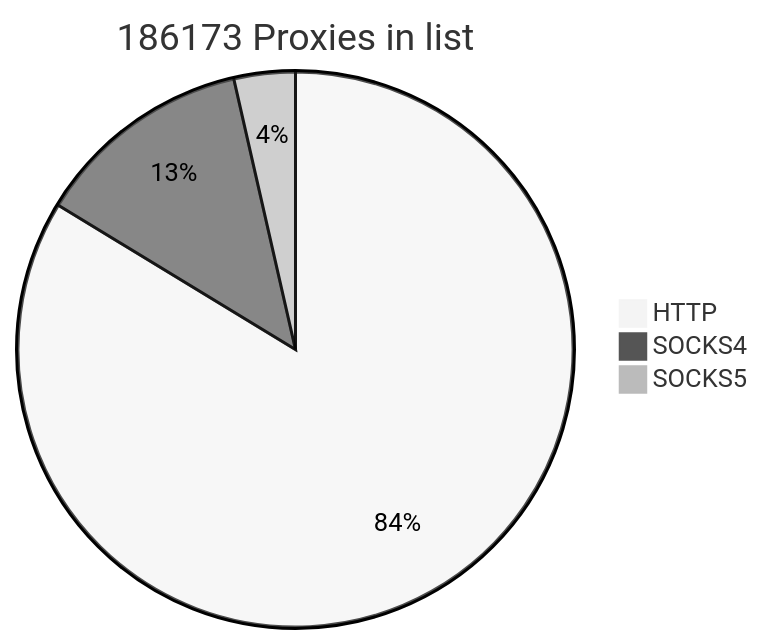
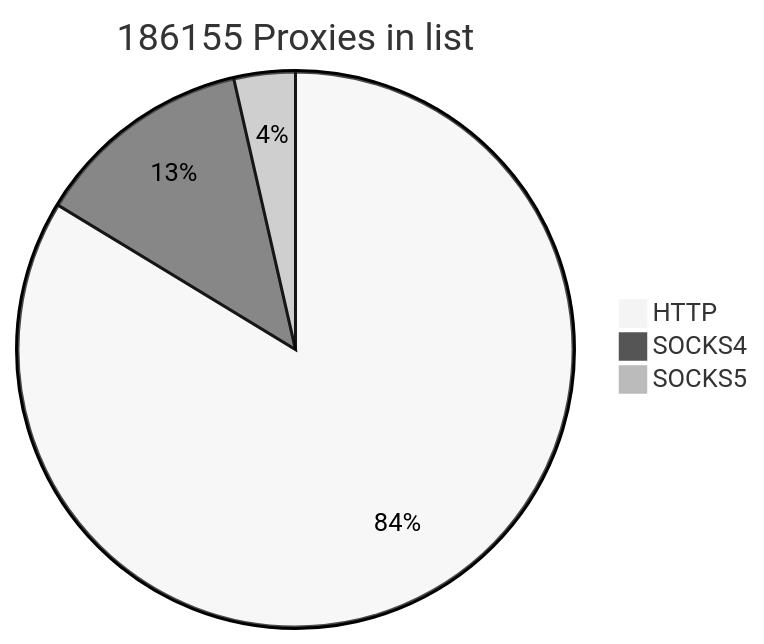
Before and after one commit to cutipu/proxylist: the first of 2 diagrams in README.md, drawn with Mermaid (neutral theme). The commit also changed other lines of this file, not shown here.

````diff
--- a/README.md
+++ b/README.md
@@ -2,7 +2,7 @@
 ```mermaid
-pie title 186173 Proxies in list
-    "HTTP" : 155819
-    "SOCKS4" : 23710
+pie title 186155 Proxies in list
+    "HTTP" : 155800
+    "SOCKS4" : 23711
     "SOCKS5" : 6644
             
 ```
````
